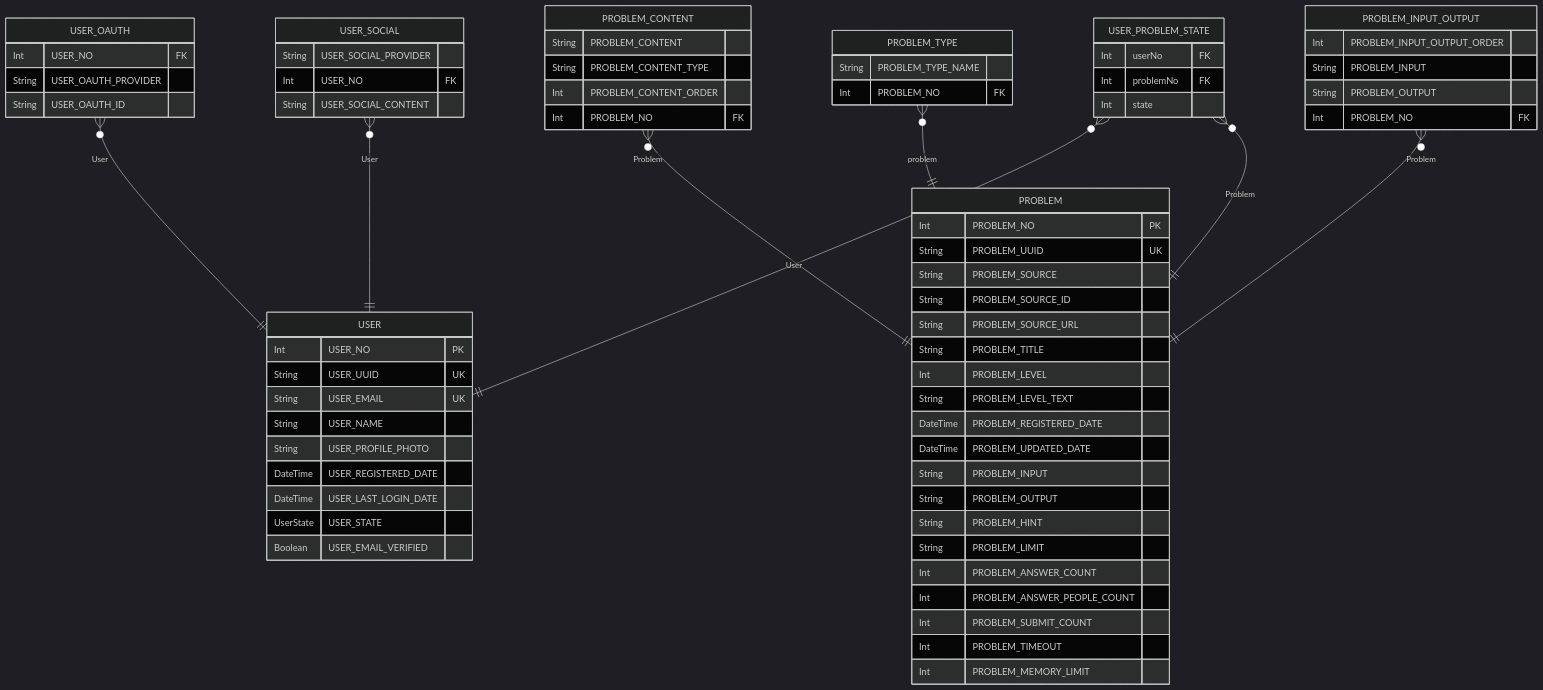
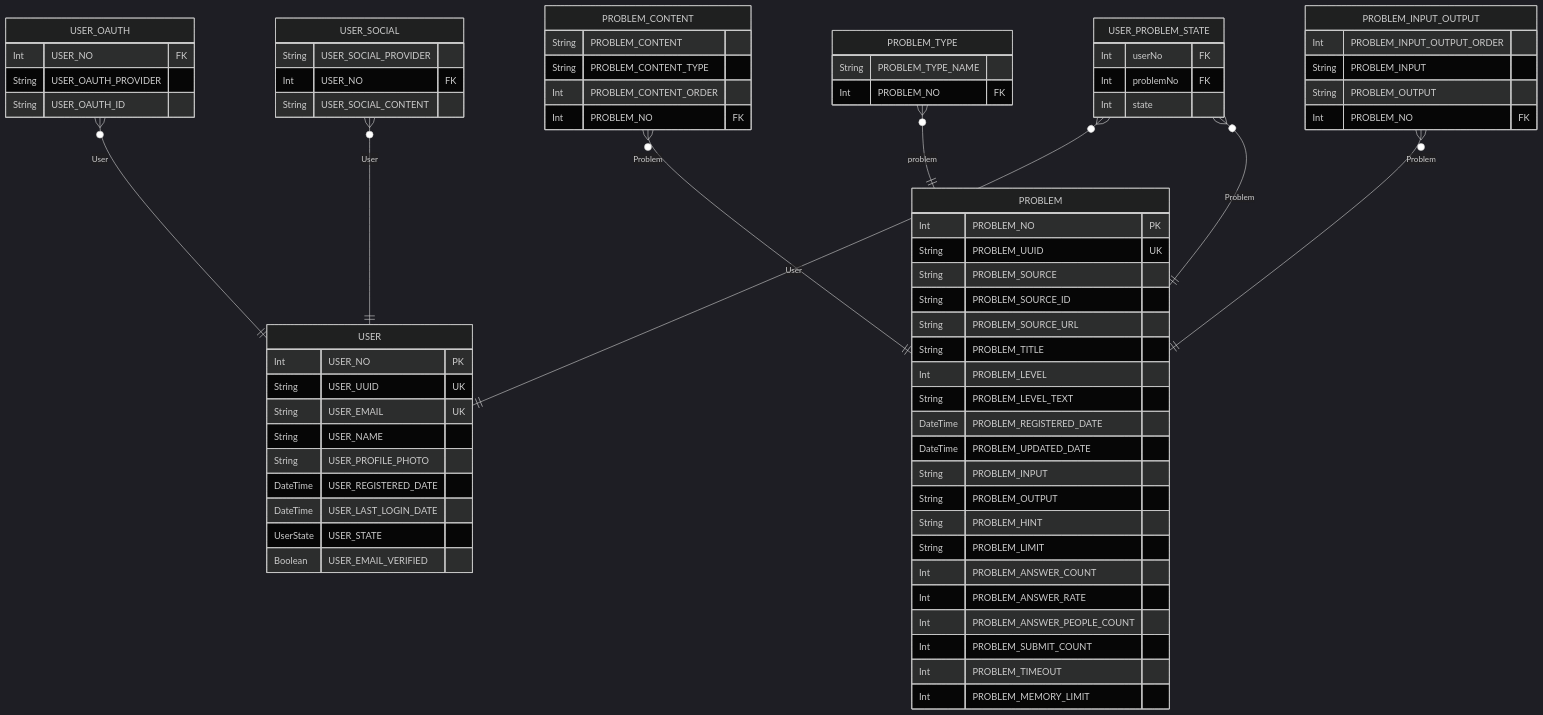
Before and after one commit to asdasfafsf/Algogo: the diagram in libs/prisma/ERD.md, drawn with Mermaid (dark theme). The commit also changed other lines of this file and 6 other files, not shown here.

Commit message:
feat: add problem answer rate

````diff
--- a/libs/prisma/ERD.md
+++ b/libs/prisma/ERD.md
@@ -7,73 +7,74 @@
 ```mermaid
 erDiagram
 "USER" {
   Int USER_NO PK
   String USER_UUID UK
   String USER_EMAIL UK
   String USER_NAME
   String USER_PROFILE_PHOTO
   DateTime USER_REGISTERED_DATE
   DateTime USER_LAST_LOGIN_DATE
   UserState USER_STATE
   Boolean USER_EMAIL_VERIFIED
 }
 "USER_OAUTH" {
   Int USER_NO FK
   String USER_OAUTH_PROVIDER
   String USER_OAUTH_ID
 }
 "USER_SOCIAL" {
   String USER_SOCIAL_PROVIDER
   Int USER_NO FK
   String USER_SOCIAL_CONTENT
 }
 "PROBLEM" {
   Int PROBLEM_NO PK
   String PROBLEM_UUID UK
   String PROBLEM_SOURCE
   String PROBLEM_SOURCE_ID
   String PROBLEM_SOURCE_URL
   String PROBLEM_TITLE
   Int PROBLEM_LEVEL
   String PROBLEM_LEVEL_TEXT
   DateTime PROBLEM_REGISTERED_DATE
   DateTime PROBLEM_UPDATED_DATE
   String PROBLEM_INPUT
   String PROBLEM_OUTPUT
   String PROBLEM_HINT
   String PROBLEM_LIMIT
   Int PROBLEM_ANSWER_COUNT
+  Int PROBLEM_ANSWER_RATE
   Int PROBLEM_ANSWER_PEOPLE_COUNT
   Int PROBLEM_SUBMIT_COUNT
   Int PROBLEM_TIMEOUT
   Int PROBLEM_MEMORY_LIMIT
 }
 "PROBLEM_CONTENT" {
   String PROBLEM_CONTENT
   String PROBLEM_CONTENT_TYPE
   Int PROBLEM_CONTENT_ORDER
   Int PROBLEM_NO FK
 }
 "PROBLEM_TYPE" {
   String PROBLEM_TYPE_NAME
   Int PROBLEM_NO FK
 }
 "PROBLEM_INPUT_OUTPUT" {
   Int PROBLEM_INPUT_OUTPUT_ORDER
   String PROBLEM_INPUT
   String PROBLEM_OUTPUT
   Int PROBLEM_NO FK
 }
 "USER_PROBLEM_STATE" {
   Int userNo FK
   Int problemNo FK
   Int state
 }
 "USER_OAUTH" }o--|| "USER" : User
 "USER_SOCIAL" }o--|| "USER" : User
 "PROBLEM_CONTENT" }o--|| "PROBLEM" : Problem
 "PROBLEM_TYPE" }o--|| "PROBLEM" : problem
 "PROBLEM_INPUT_OUTPUT" }o--|| "PROBLEM" : Problem
 "USER_PROBLEM_STATE" }o--|| "USER" : User
 "USER_PROBLEM_STATE" }o--|| "PROBLEM" : Problem
 ```
````
